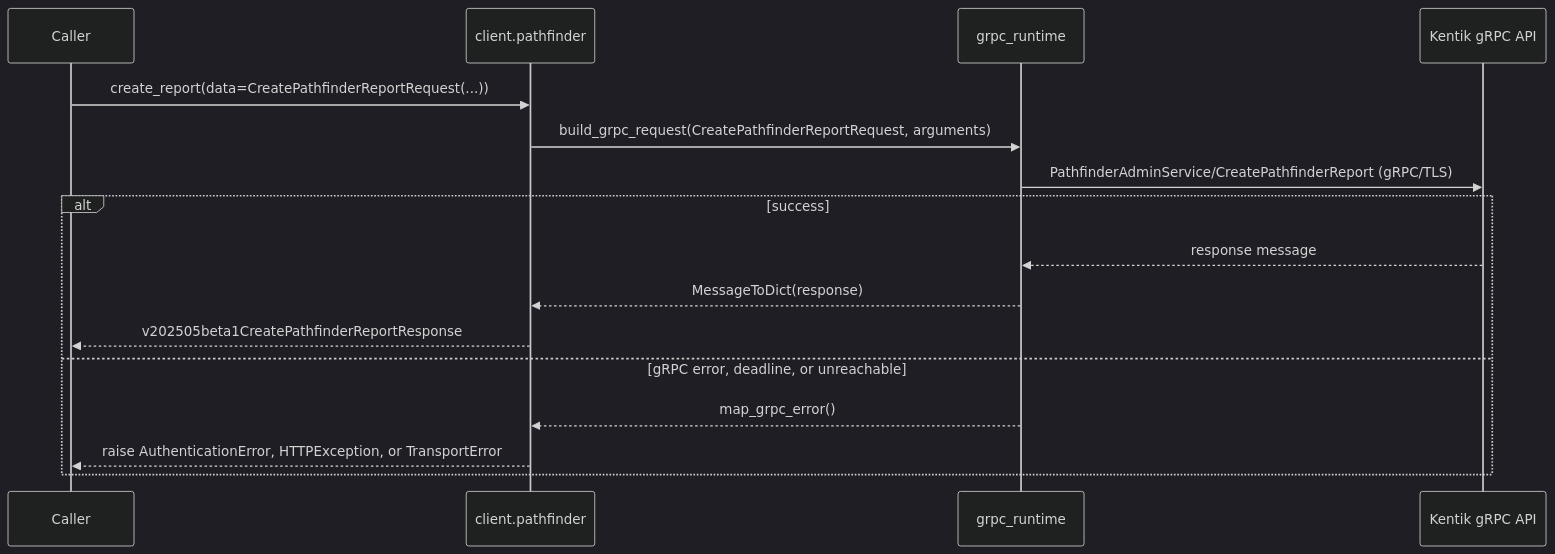
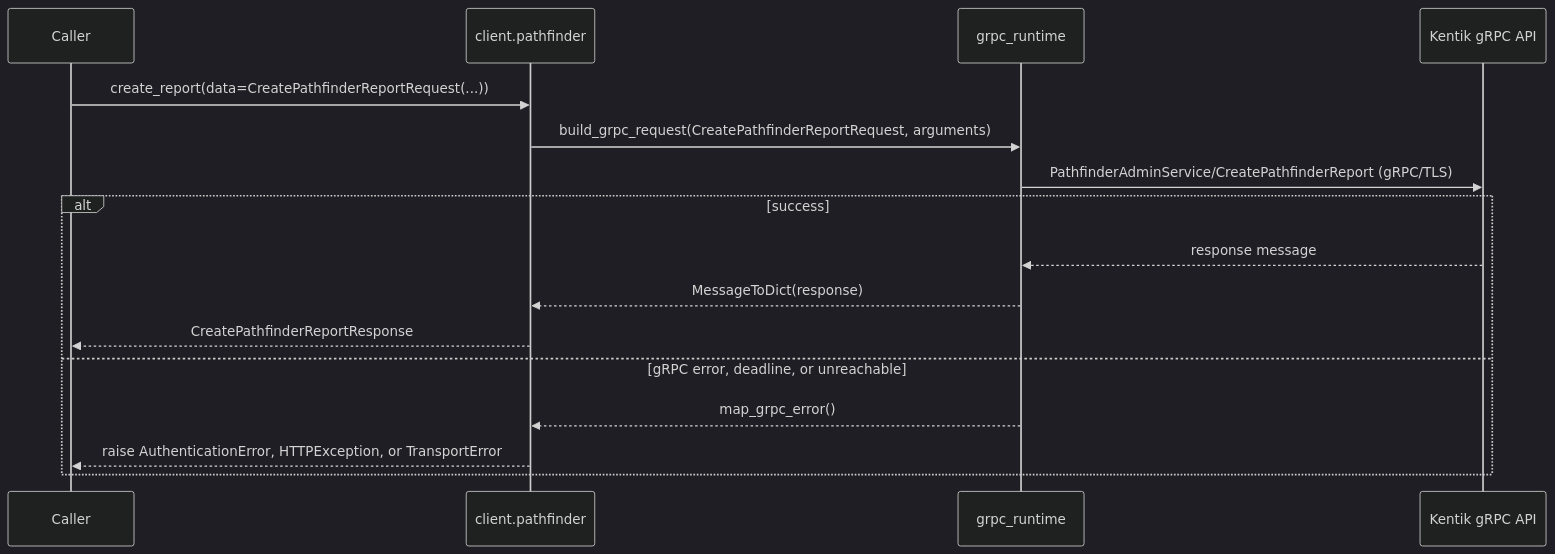
The third of 4 diagrams in docs/sphinx/services/pathfinder.md (alexdearaujo/community_sdk_python), drawn with Mermaid (dark theme) before and after one commit. The commit also changed other lines of this file and 38 other files, not shown here.

````diff
--- a/docs/sphinx/services/pathfinder.md
+++ b/docs/sphinx/services/pathfinder.md
@@ -59,19 +59,19 @@
 ```mermaid
 sequenceDiagram
     participant C as Caller
     participant W as client.pathfinder
     participant R as grpc_runtime
     participant API as Kentik gRPC API
 
     C->>W: create_report(data=CreatePathfinderReportRequest(...))
     W->>R: build_grpc_request(CreatePathfinderReportRequest, arguments)
     R->>API: PathfinderAdminService/CreatePathfinderReport (gRPC/TLS)
     alt success
         API-->>R: response message
         R-->>W: MessageToDict(response)
-        W-->>C: v202505beta1CreatePathfinderReportResponse
+        W-->>C: CreatePathfinderReportResponse
     else gRPC error, deadline, or unreachable
         R-->>W: map_grpc_error()
         W-->>C: raise AuthenticationError, HTTPException, or TransportError
     end
 ```
````
